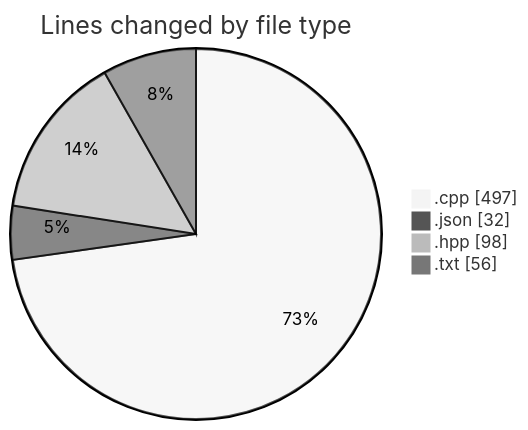
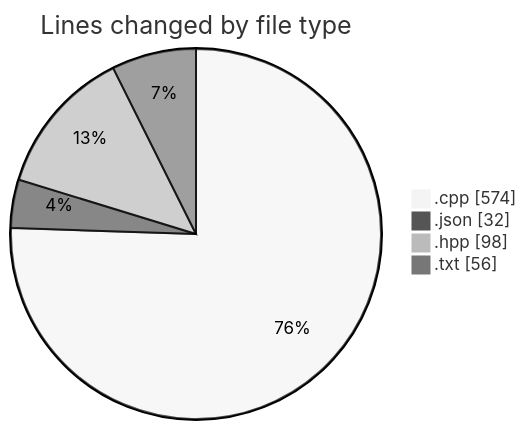
The first of 2 diagrams in 2025-04-21/echo/README.md (Netris89/code-tracking), drawn with Mermaid (neutral theme) before and after one commit. The commit also changed other lines of this file and 1 other file, not shown here.

````diff
--- a/2025-04-21/echo/README.md
+++ b/2025-04-21/echo/README.md
@@ -25,8 +25,8 @@
 ```mermaid
 pie showData
 title Lines changed by file type
-".cpp" : 497
+".cpp" : 574
 ".json" : 32
 ".hpp" : 98
 ".txt" : 56
 ```
````
